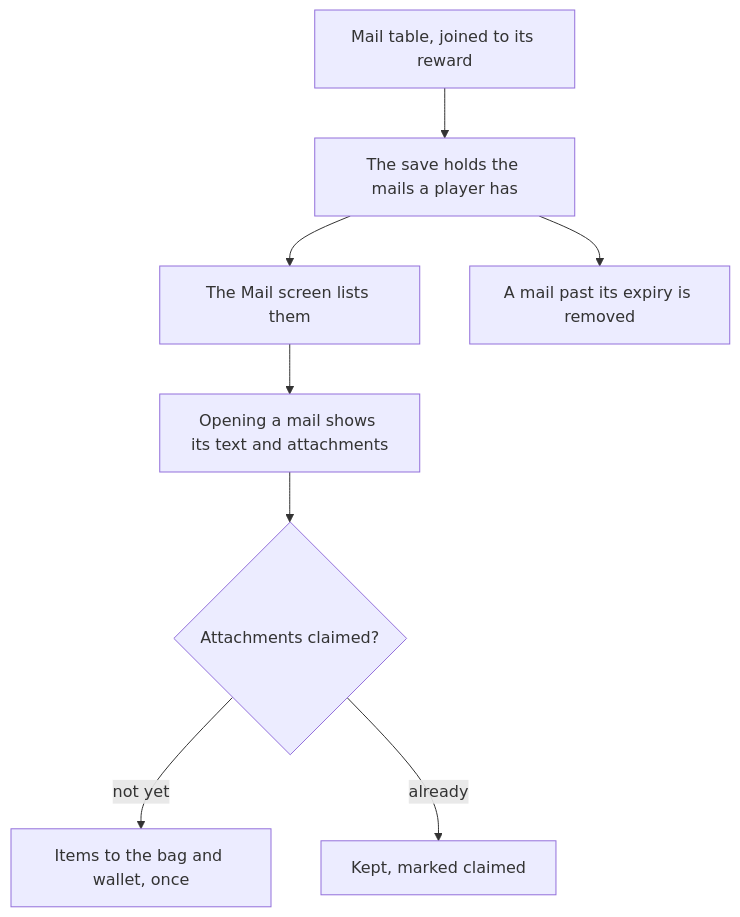
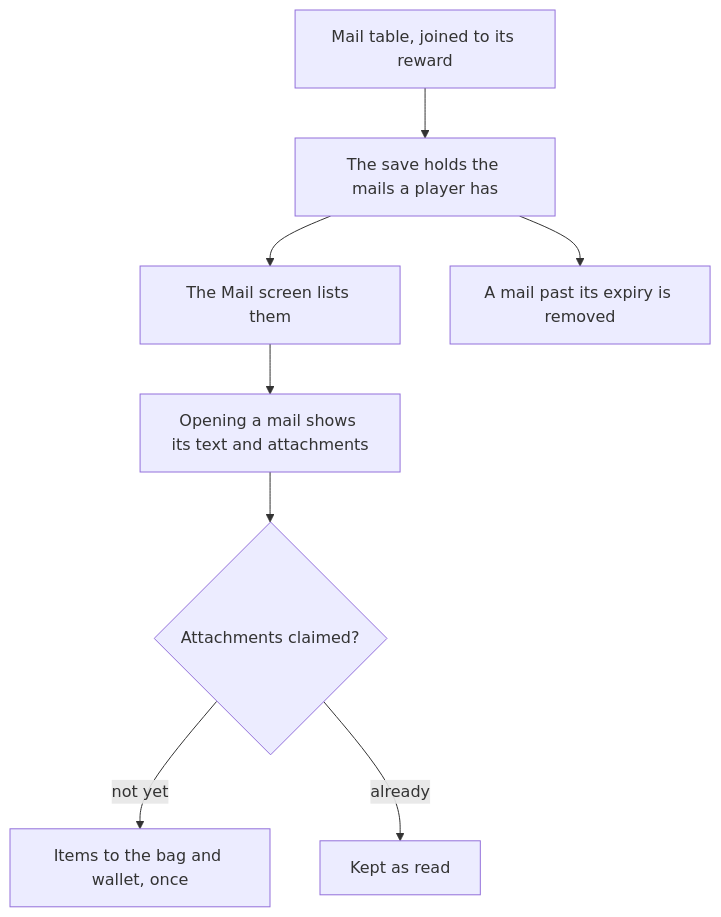
One commit to Esposter/Esposter changed the diagram in openspec/changes/genshin-mail/design.md. Above: the diagram before and after it, drawn with Mermaid. The commit also changed other lines of this file and 20 other files, not shown here.

````diff
--- a/openspec/changes/genshin-mail/design.md
+++ b/openspec/changes/genshin-mail/design.md
@@ -7,10 +7,10 @@
 ```mermaid
 flowchart TD
   TABLE["Mail table, joined to its reward"] --> SAVE["The save holds the mails a player has"]
   SAVE --> LIST["The Mail screen lists them"]
   LIST --> OPEN["Opening a mail shows its text and attachments"]
   OPEN --> CLAIM{"Attachments claimed?"}
   CLAIM -->|"not yet"| GRANT["Items to the bag and wallet, once"]
-  CLAIM -->|"already"| KEEP["Kept, marked claimed"]
+  CLAIM -->|"already"| KEEP["Kept as read"]
   SAVE --> EXPIRE["A mail past its expiry is removed"]
 ```
````
